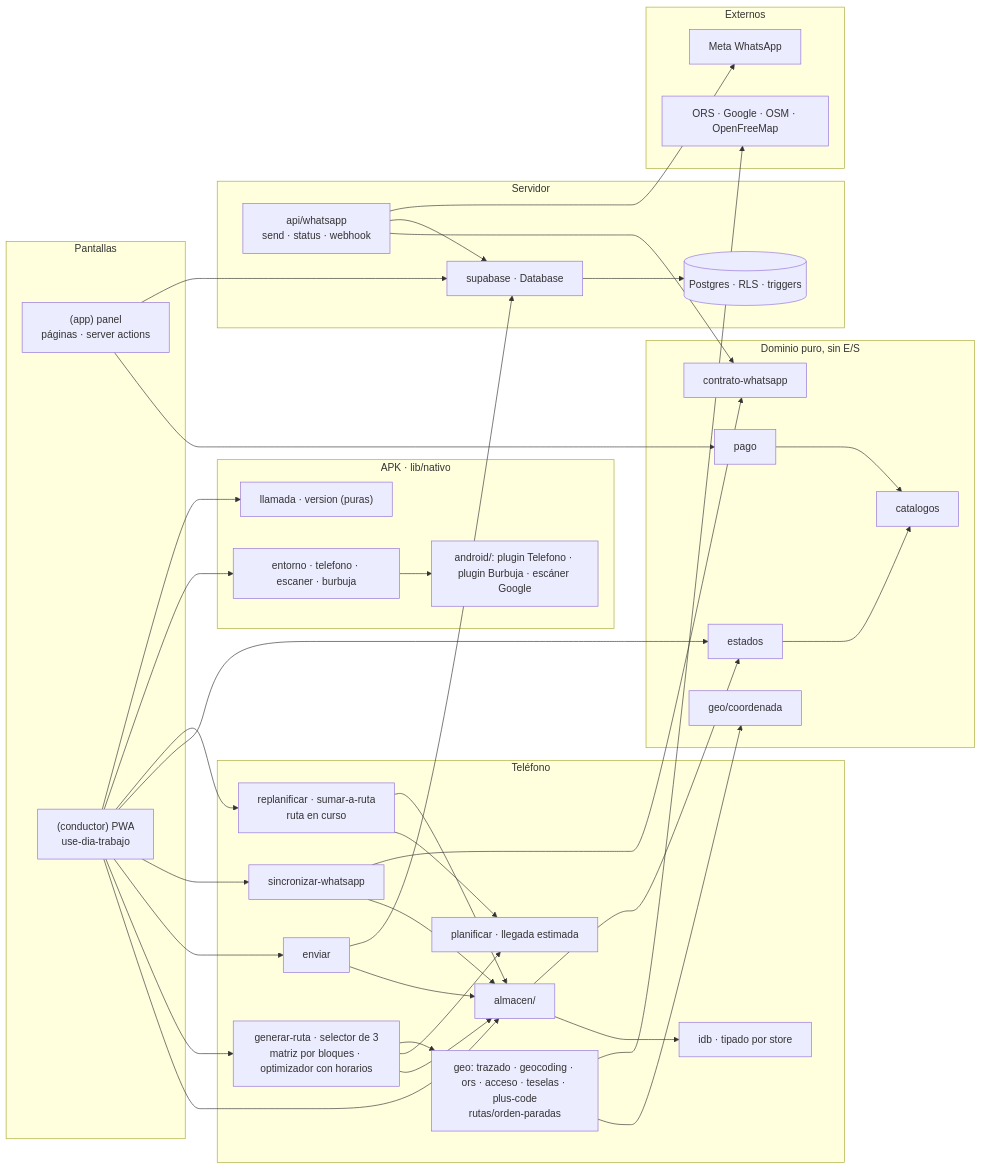
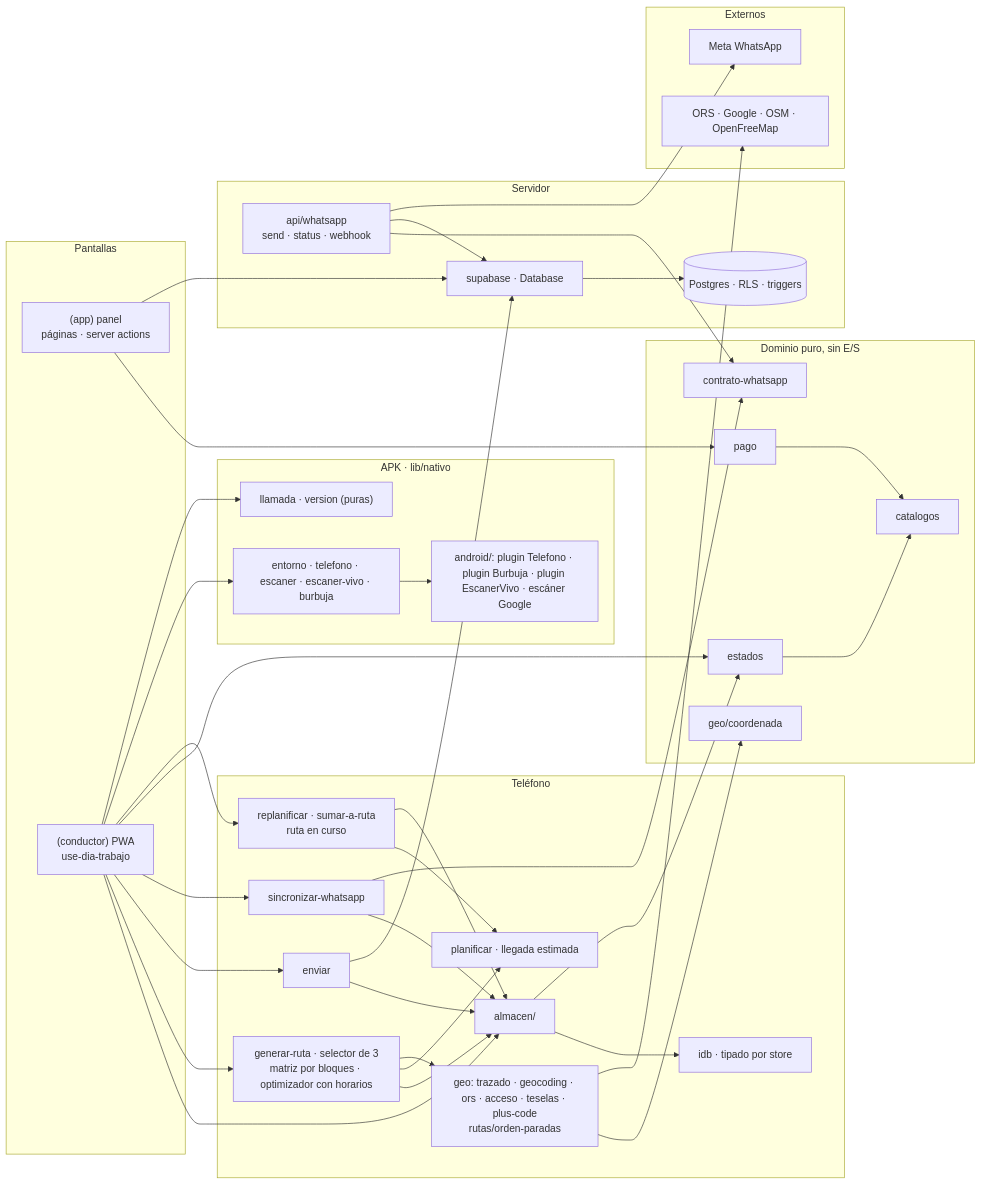
Before and after one commit to etianypr/ProyectoAres: the third of 3 diagrams in docs/CLASES.md, drawn with Mermaid. The commit also changed other lines of this file and 32 other files, not shown here.

First line of the commit message:
Spec 028: escáner de etiquetas en vivo al cargar el auto

````diff
--- a/docs/CLASES.md
+++ b/docs/CLASES.md
@@ -261,68 +261,68 @@
 ```mermaid
 flowchart LR
   subgraph UI["Pantallas"]
     panel["(app) panel<br/>páginas · server actions"]
     conductor["(conductor) PWA<br/>use-dia-trabajo"]
   end
   subgraph Dominio["Dominio puro, sin E/S"]
     catalogos["catalogos"]
     estados["estados"]
     pago["pago"]
     contrato["contrato-whatsapp"]
     coord["geo/coordenada"]
   end
   subgraph Telefono["Teléfono"]
     almacen["almacen/"]
     idb["idb · tipado por store"]
     generar["generar-ruta · selector de 3<br/>matriz por bloques · optimizador con horarios"]
     planificar["planificar · llegada estimada"]
     replan["replanificar · sumar-a-ruta<br/>ruta en curso"]
     enviar["enviar"]
     wsl["sincronizar-whatsapp"]
     rutas["geo: trazado · geocoding · ors · acceso · teselas · plus-code<br/>rutas/orden-paradas"]
   end
   subgraph Nativo["APK · lib/nativo"]
-    nat["entorno · telefono · escaner · burbuja"]
+    nat["entorno · telefono · escaner · escaner-vivo · burbuja"]
     llamada["llamada · version (puras)"]
-    plugin["android/: plugin Telefono · plugin Burbuja · escáner Google"]
+    plugin["android/: plugin Telefono · plugin Burbuja · plugin EscanerVivo · escáner Google"]
   end
   subgraph Servidor["Servidor"]
     api["api/whatsapp<br/>send · status · webhook"]
     supa["supabase · Database"]
     pg[("Postgres · RLS · triggers")]
   end
   subgraph Externos["Externos"]
     mapbox["ORS · Google · OSM · OpenFreeMap"]
     meta["Meta WhatsApp"]
   end
   panel --> pago
   panel --> supa
   conductor --> almacen
   conductor --> generar
   conductor --> enviar
   conductor --> wsl
   conductor --> estados
   almacen --> idb
   almacen --> estados
   generar --> almacen
   generar --> planificar
   generar --> rutas
   conductor --> replan
   conductor --> nat
   conductor --> llamada
   nat --> plugin
   replan --> planificar
   replan --> almacen
   rutas --> coord
   rutas --> mapbox
   enviar --> almacen
   enviar --> supa
   wsl --> almacen
   wsl --> contrato
   api --> contrato
   api --> supa
   api --> meta
   supa --> pg
   estados --> catalogos
   pago --> catalogos
 ```
````
